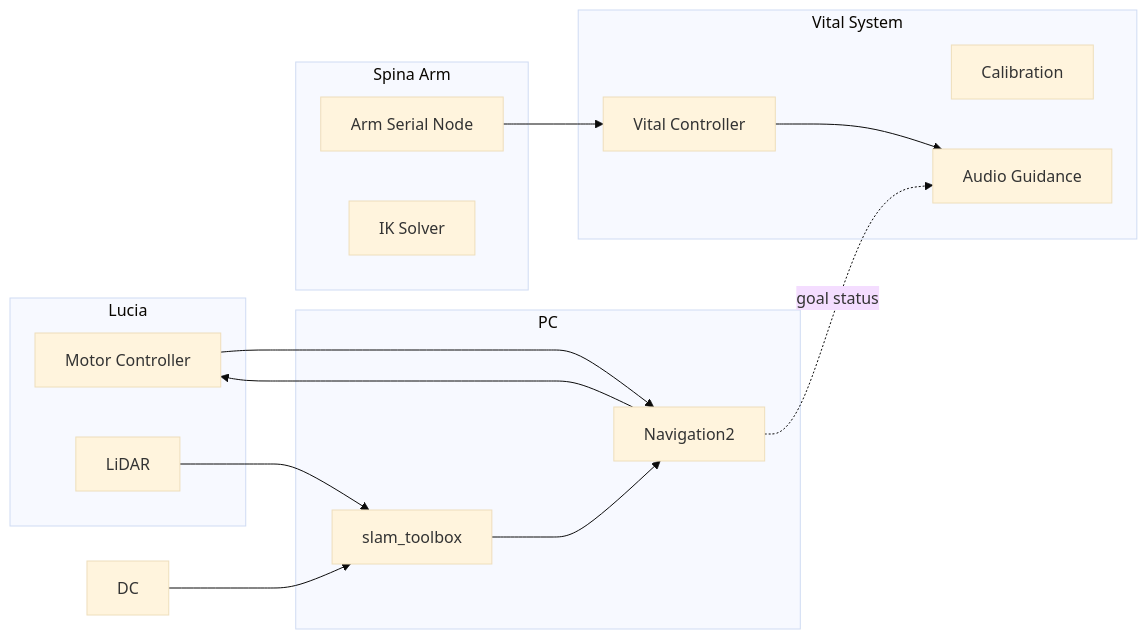
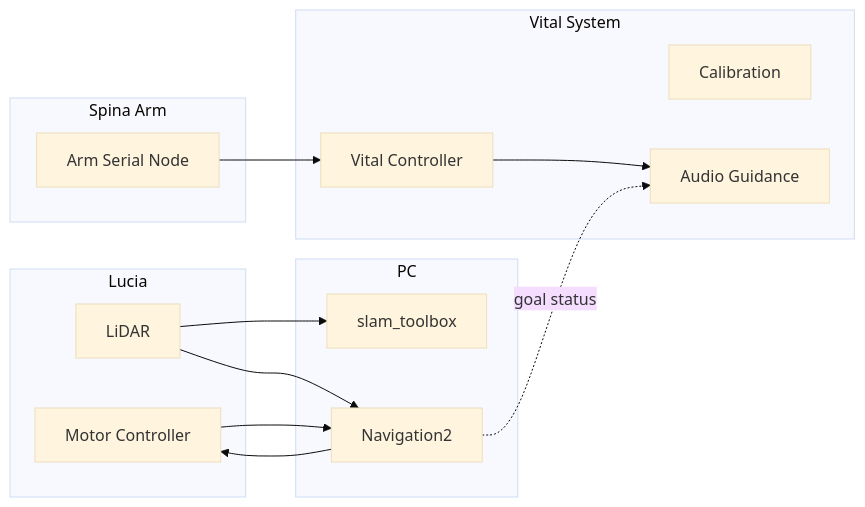
The diagram in README.md (iHaruruki/lucia_spina), drawn with Mermaid (base theme) before and after one commit.

````diff
--- a/README.md
+++ b/README.md
@@ -19,27 +19,26 @@
 ```mermaid
 flowchart LR
   subgraph Base[Lucia]
     MC[Motor Controller]
     LD[LiDAR]
   end
   subgraph PC[PC]
     SLAM[slam_toolbox]
     NAV[Navigation2]
   end
   subgraph ARM[Spina Arm]
     ARM_CTRL[Arm Serial Node]
-    IK[IK Solver]
   end
   subgraph VITAL[Vital System]
     VM[Vital Controller]
     VC[Calibration]
     VA[Audio Guidance]
   end
-  LD --> SLAM --> NAV
-  DC --> SLAM
+  LD --> SLAM
+  LD --> NAV
   MC --> NAV
   NAV --> MC
   VM --> VA
   NAV -.goal status.-> VA
   ARM_CTRL --> VM
 ```
````
